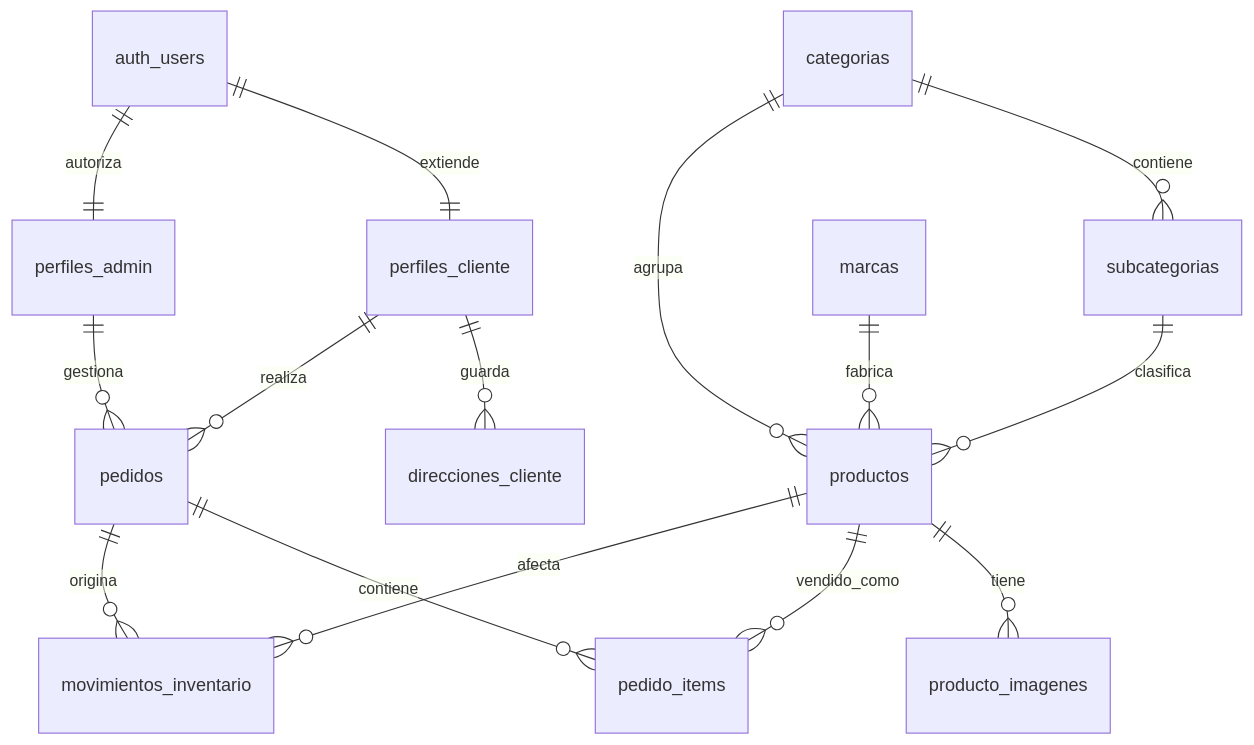
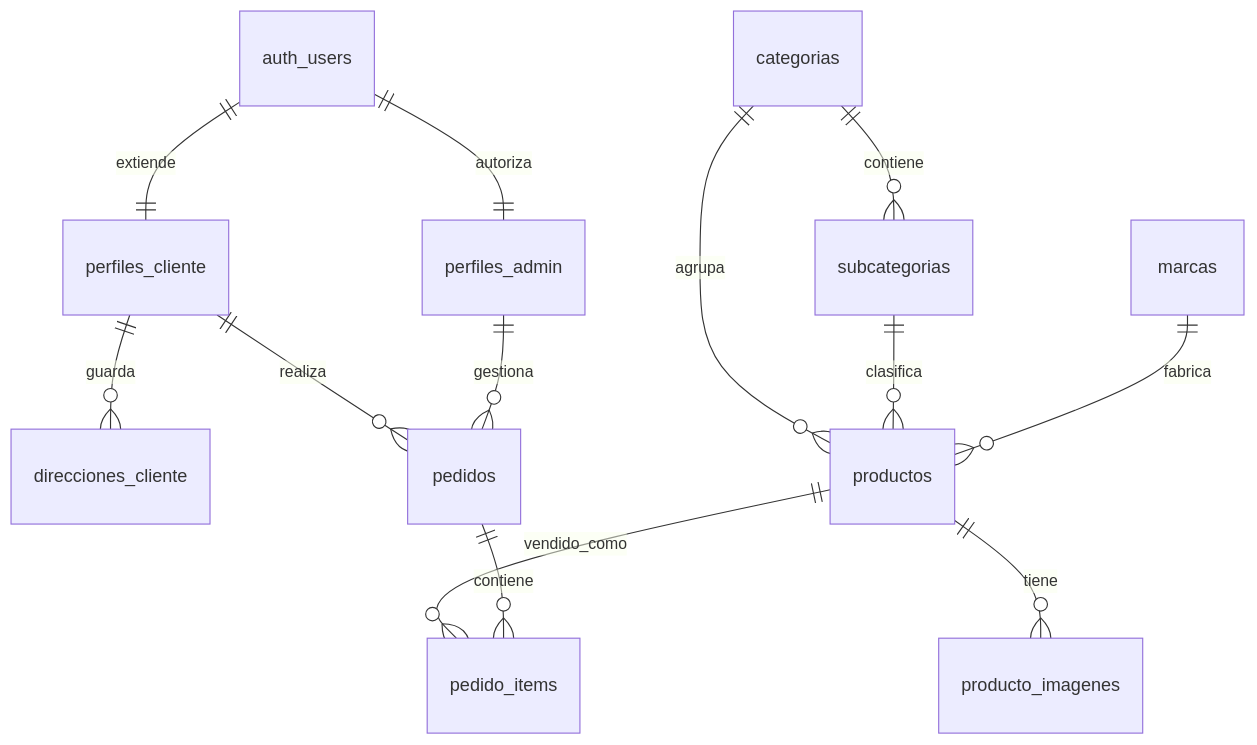
Before and after one commit to deylleranchundiaalcivar34-stack/pesca-con-fe: the diagram in docs/MODELO-DB.md, drawn with Mermaid. The commit also changed other lines of this file and 34 other files, not shown here.

````diff
--- a/docs/MODELO-DB.md
+++ b/docs/MODELO-DB.md
@@ -24,17 +24,15 @@
 ```mermaid
 erDiagram
   auth_users ||--|| perfiles_cliente : extiende
   auth_users ||--|| perfiles_admin : autoriza
   perfiles_cliente ||--o{ direcciones_cliente : guarda
   perfiles_cliente ||--o{ pedidos : realiza
   perfiles_admin ||--o{ pedidos : gestiona
   categorias ||--o{ subcategorias : contiene
   categorias ||--o{ productos : agrupa
   subcategorias ||--o{ productos : clasifica
   marcas ||--o{ productos : fabrica
   productos ||--o{ producto_imagenes : tiene
   productos ||--o{ pedido_items : vendido_como
   pedidos ||--o{ pedido_items : contiene
-  productos ||--o{ movimientos_inventario : afecta
-  pedidos ||--o{ movimientos_inventario : origina
 ```
````
